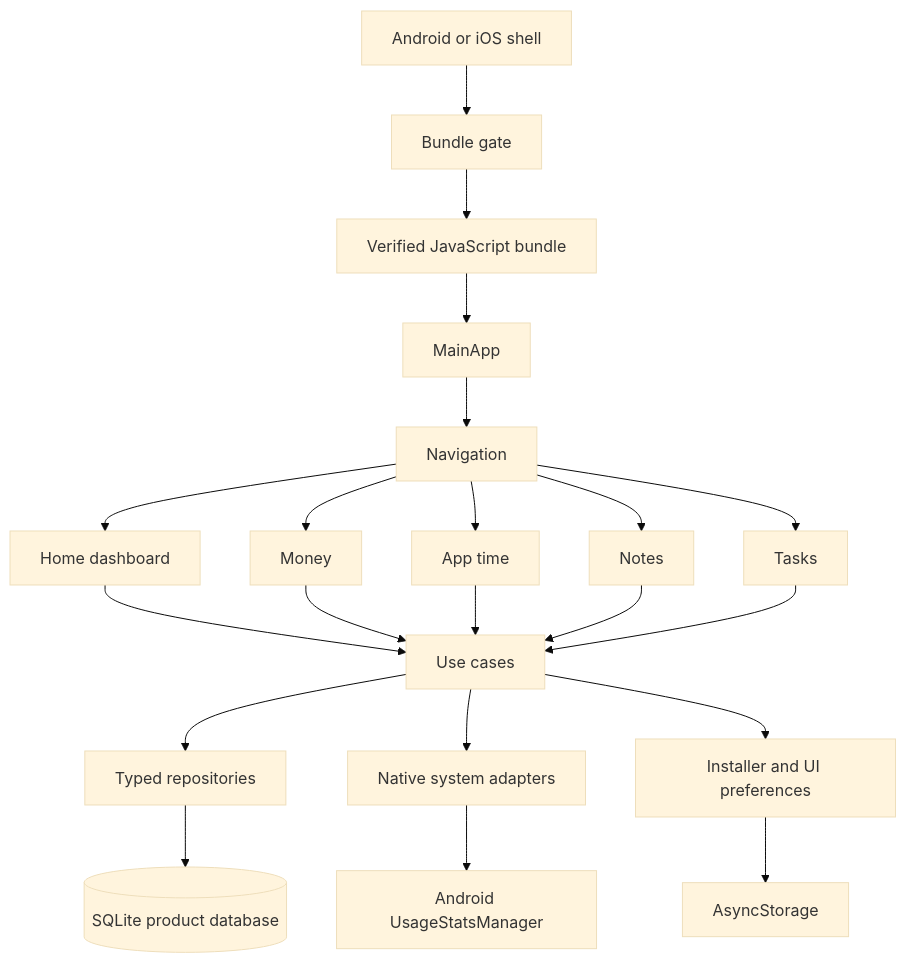
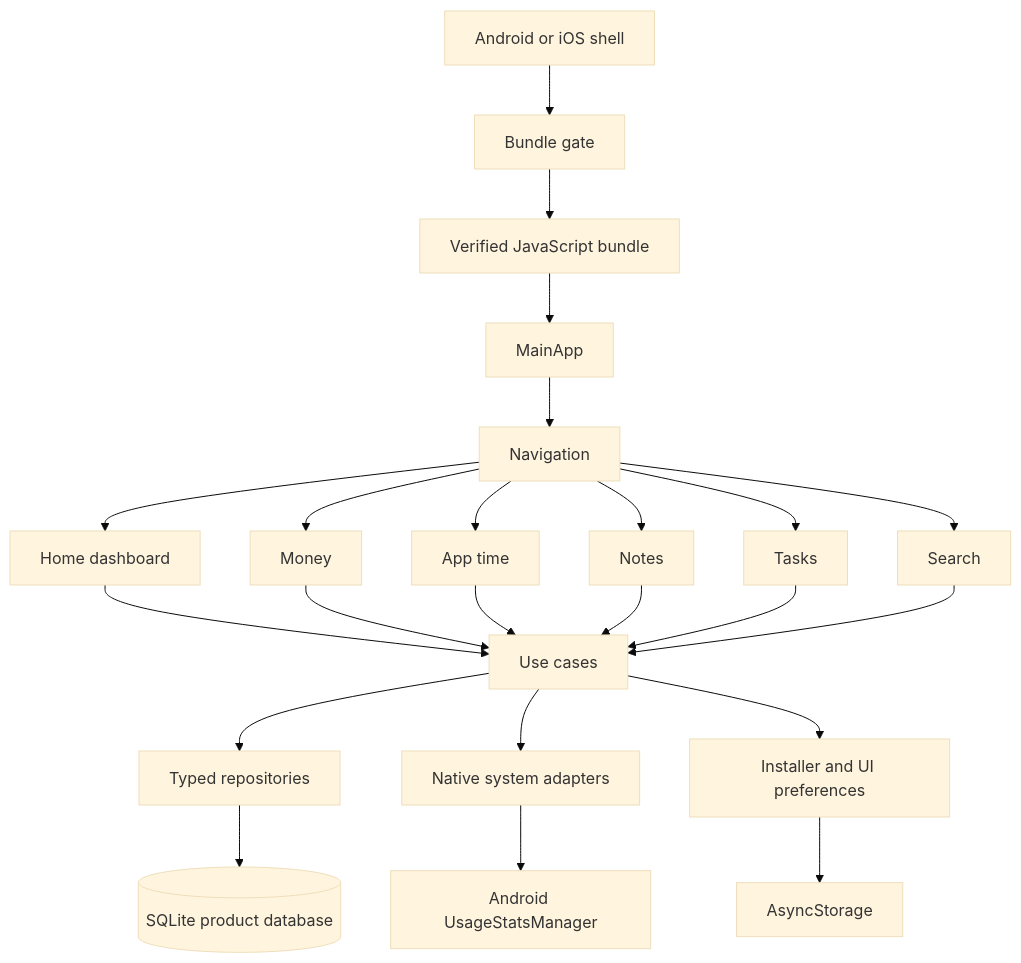
One commit to Tsukugi/Yuzuha changed the first of 2 diagrams in docs/architecture.md. Above: the diagram before and after it, drawn with Mermaid (base theme). The commit also changed other lines of this file and 14 other files, not shown here.

````diff
--- a/docs/architecture.md
+++ b/docs/architecture.md
@@ -9,23 +9,25 @@
 ```mermaid
 flowchart TD
     OS[Android or iOS shell] --> G[Bundle gate]
     G --> B[Verified JavaScript bundle]
     B --> APP[MainApp]
     APP --> NAV[Navigation]
     NAV --> HOME[Home dashboard]
     NAV --> MONEY[Money]
     NAV --> TIME[App time]
     NAV --> NOTES[Notes]
     NAV --> TASKS[Tasks]
+    NAV --> SEARCH[Search]
     HOME --> USE[Use cases]
     MONEY --> USE
     TIME --> USE
     NOTES --> USE
     TASKS --> USE
+    SEARCH --> USE
     USE --> REPO[Typed repositories]
     REPO --> DB[(SQLite product database)]
     USE --> SYS[Native system adapters]
     SYS --> USAGE[Android UsageStatsManager]
     USE --> PREFS[Installer and UI preferences]
     PREFS --> ASYNC[AsyncStorage]
 ```
````
